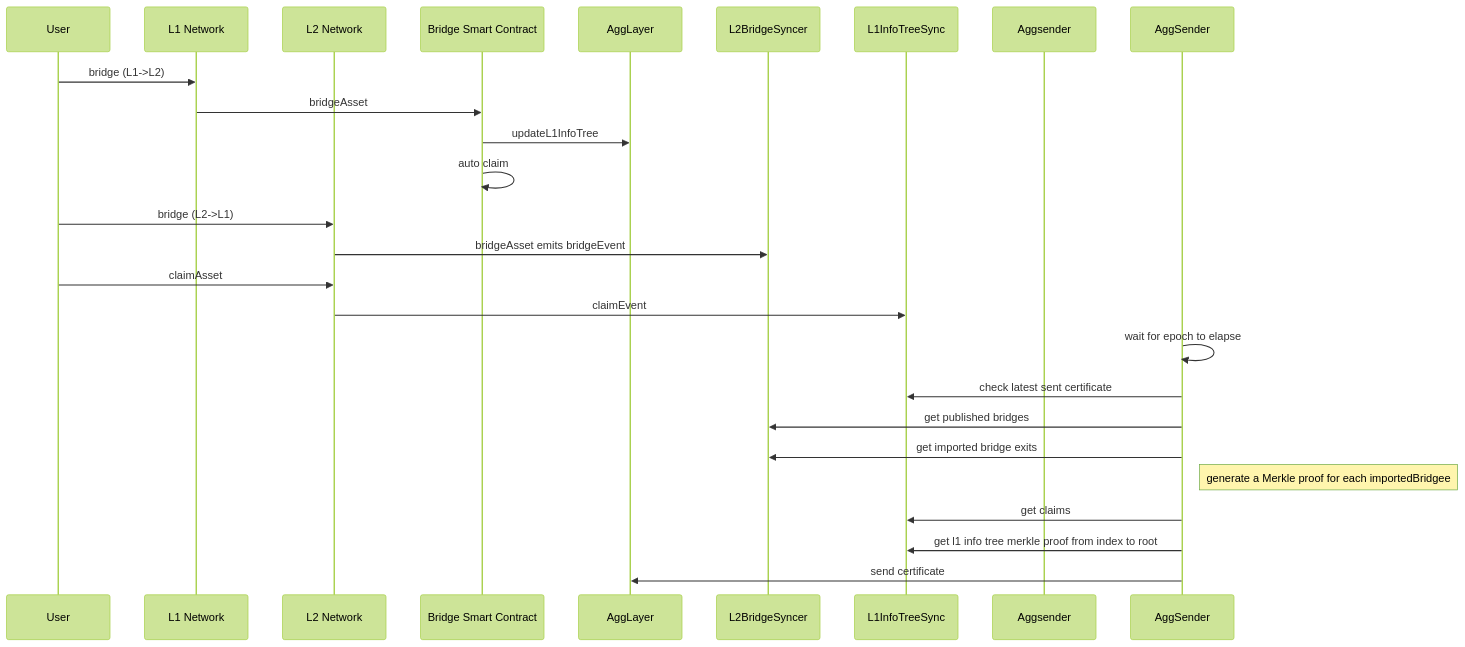
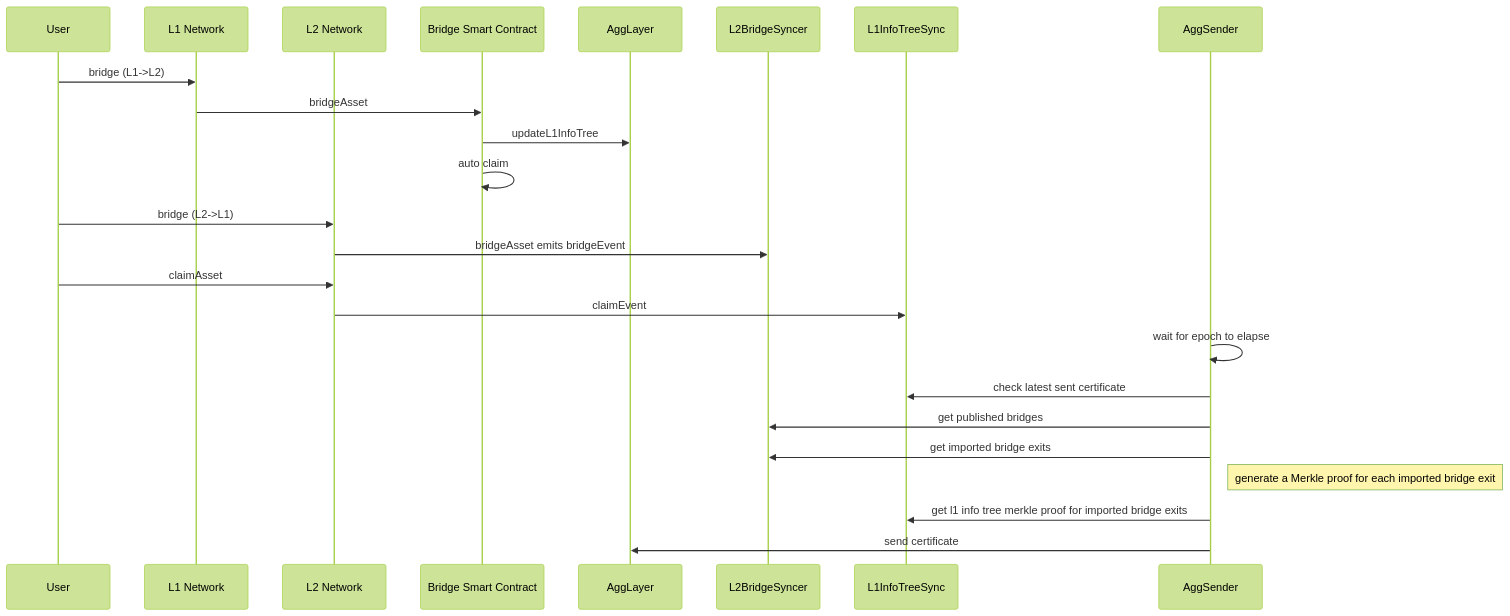
One commit to agglayer/aggkit changed the second of 3 diagrams in docs/aggsender.md. Above: the diagram before and after it, drawn with Mermaid (forest theme). The commit also changed other lines of this file and 1 other file, not shown here.

````diff
--- a/docs/aggsender.md
+++ b/docs/aggsender.md
@@ -49,31 +51,30 @@
 ```mermaid
 sequenceDiagram
     participant User
     participant L1RPC as L1 Network
     participant L2RPC as L2 Network
     participant Bridge as Bridge Smart Contract
     participant AggLayer
     participant L2BridgeSyncer
     participant L1InfoTreeSync
-    participant Aggsender
+    participant AggSender
 
     User->>L1RPC: bridge (L1->L2)
     L1RPC->>Bridge: bridgeAsset
     Bridge->>AggLayer: updateL1InfoTree
     Bridge->>Bridge: auto claim
 
     User->>L2RPC: bridge (L2->L1)
     L2RPC->>L2BridgeSyncer: bridgeAsset emits bridgeEvent
 
     User->>L2RPC: claimAsset
     L2RPC->>L1InfoTreeSync: claimEvent
 
     AggSender->>AggSender: wait for epoch to elapse
     AggSender->>L1InfoTreeSync: check latest sent certificate
     AggSender->>L2BridgeSyncer: get published bridges
     AggSender->>L2BridgeSyncer: get imported bridge exits
-    Note right of AggSender: generate a Merkle proof for each importedBridgee
-    AggSender->>L1InfoTreeSync: get claims
-    AggSender->>L1InfoTreeSync: get l1 info tree merkle proof from index to root
+    Note right of AggSender: generate a Merkle proof for each imported bridge exit
+    AggSender->>L1InfoTreeSync: get l1 info tree merkle proof for imported bridge exits
     AggSender->>AggLayer: send certificate
 ```
````
